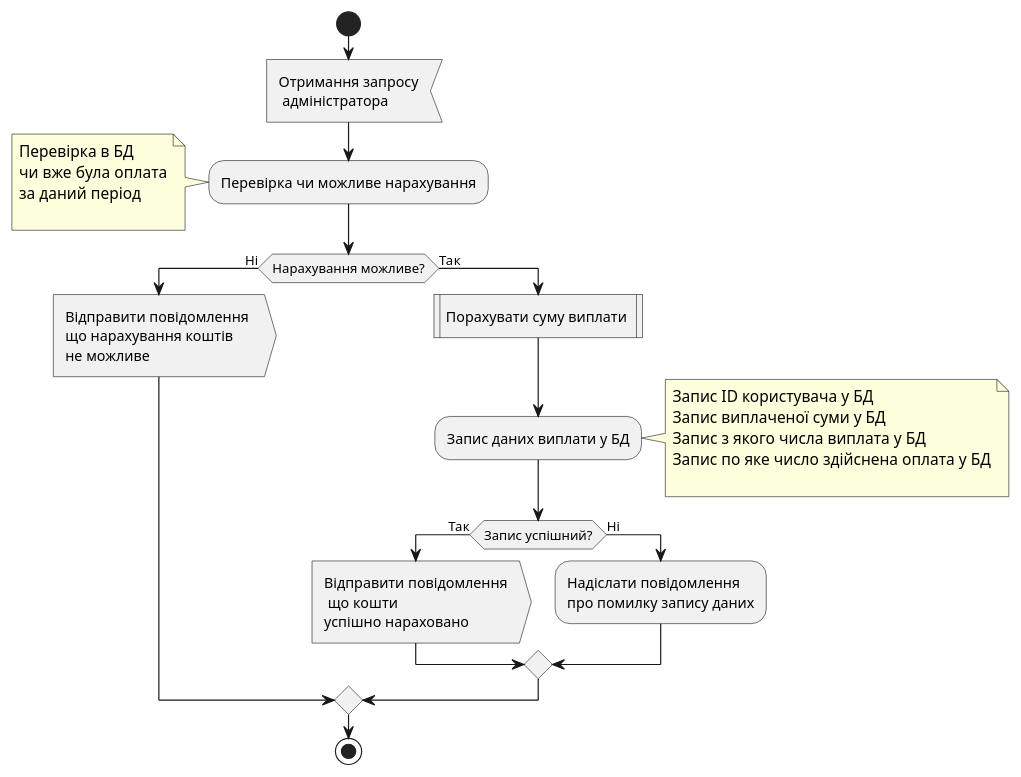
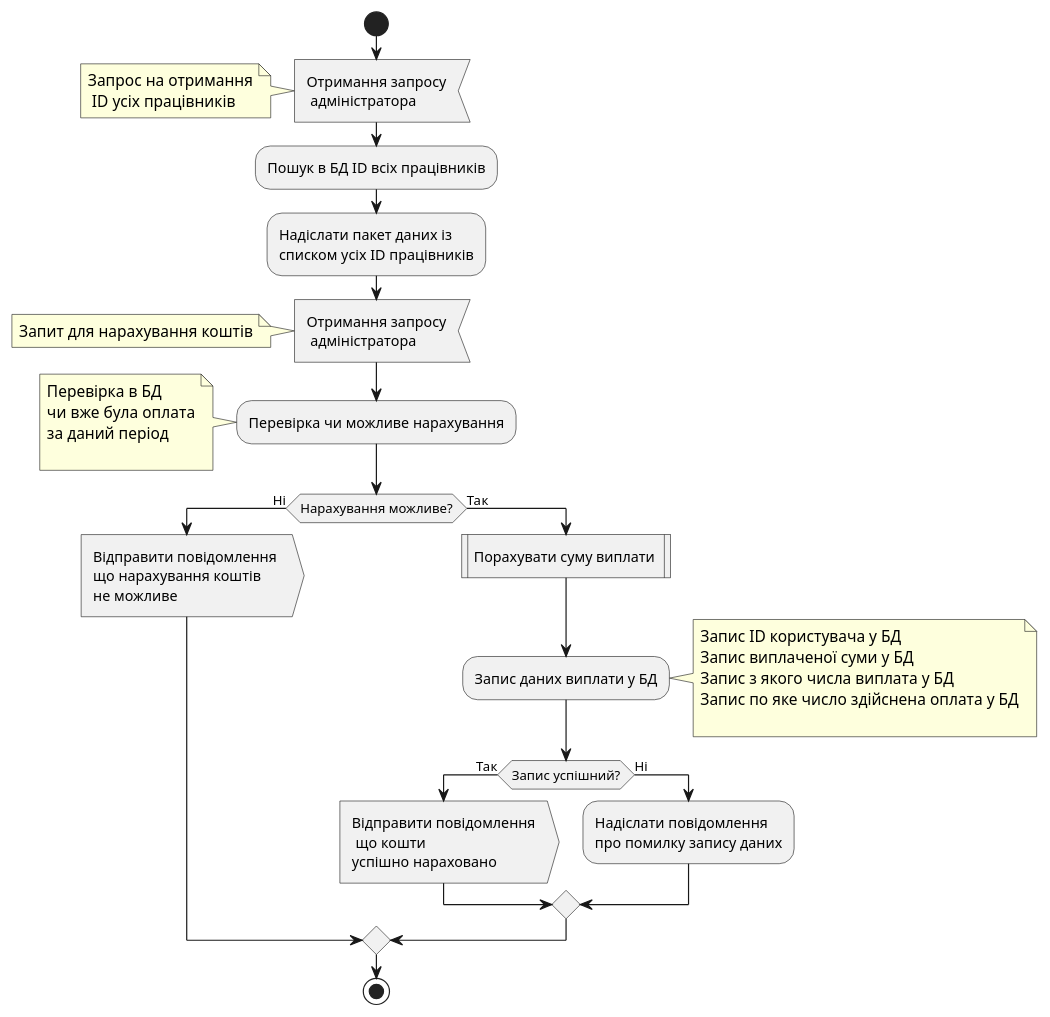
The diagram in Labs/Lab#1/Project/UML/ServerSide/pay_on_demand.puml (kzlk/PayrollEmployeeSystem), drawn with PlantUML before and after one commit. The commit also changed 112 other files, not shown here.

```diff
--- a/Labs/Lab#1/Project/UML/ServerSide/pay_on_demand.puml
+++ b/Labs/Lab#1/Project/UML/ServerSide/pay_on_demand.puml
@@ -1,21 +1,26 @@
 @startuml pay_on_demand
 start 
     :Отримання запросу\n адміністратора <
+    note left: Запрос на отримання\n ID усіх працівників
+    :Пошук в БД ID всіх працівників;
+    :Надіслати пакет даних із \nсписком усіх ID працівників;
+    :Отримання запросу\n адміністратора <
+     note left: Запит для нарахування коштів
     :Перевірка чи можливе нарахування;
     note left: Перевірка в БД\nчи вже була оплата\nза даний період \n
 if(Нарахування можливе?) then (Ні)
 :Відправити повідомлення \nщо нарахування коштів \nне можливе >
 else (Так)
     :Порахувати суму виплати |
 
     :Запис даних виплати у БД;
     note right: Запис ID користувача у БД\nЗапис виплаченої суми у БД\nЗапис з якого числа виплата у БД\nЗапис по яке число здійснена оплата у БД\n
     if(Запис успішний?) then (Так)
      :Відправити повідомлення\n що кошти\nуспішно нараховано >
      else (Ні)
      :Надіслати повідомлення\nпро помилку запису даних;
      endif
 
 endif
 stop
 @enduml
```
